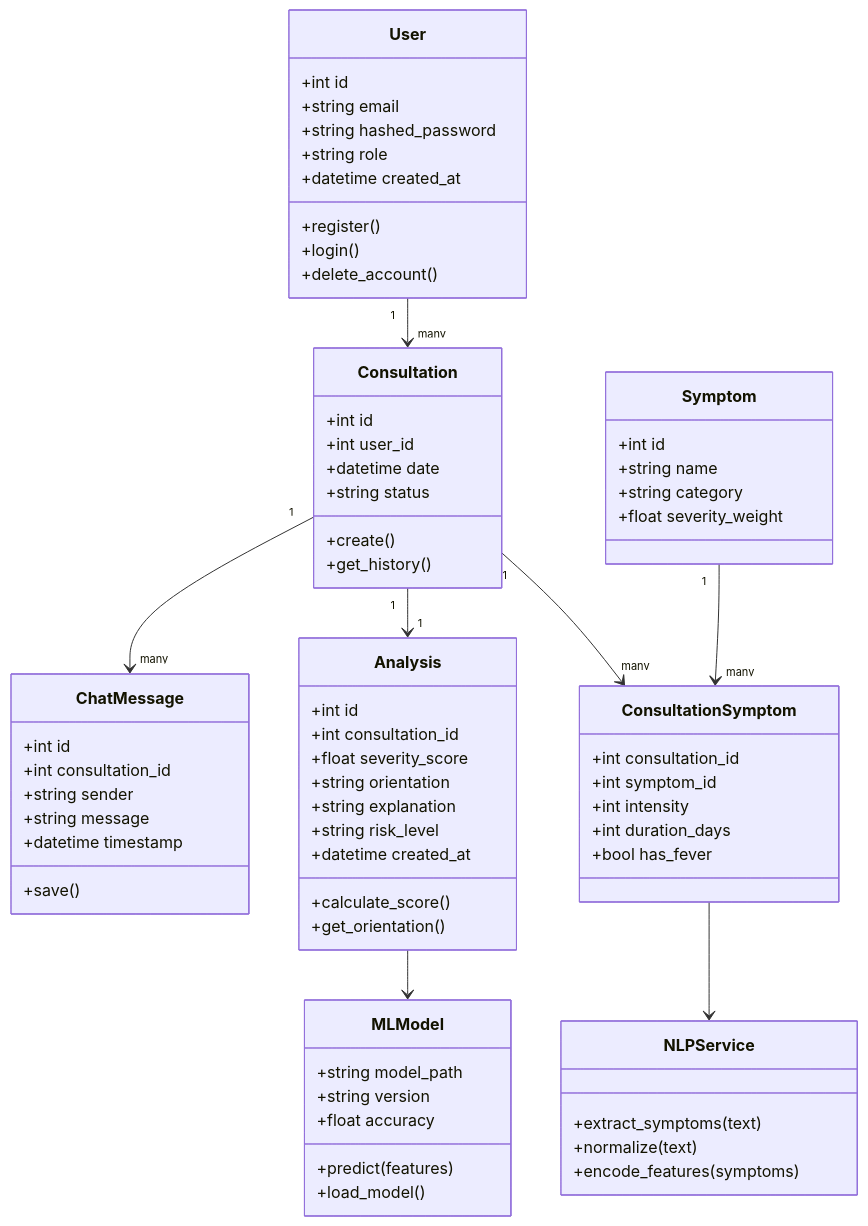
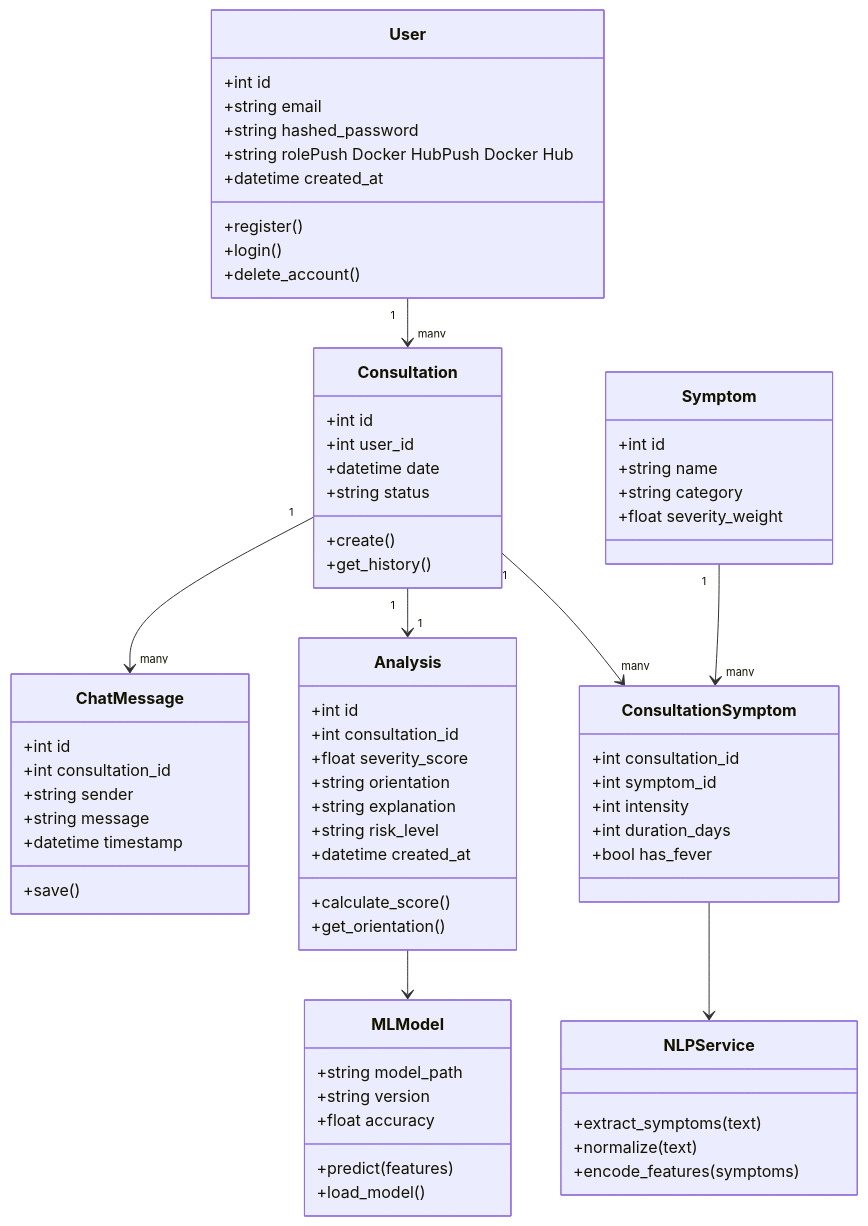
The diagram in docs/uml/class.md (abirmes/MediAssist), drawn with Mermaid before and after one commit. The commit also changed 12 other files, not shown here.

````diff
--- a/docs/uml/class.md
+++ b/docs/uml/class.md
@@ -1,81 +1,81 @@
 ```mermaid
 classDiagram
 
 class User {
     +int id
     +string email
     +string hashed_password
-    +string role
+    +string rolePush Docker HubPush Docker Hub
     +datetime created_at
     +register()
     +login()
     +delete_account()
 }
 
 class Consultation {
     +int id
     +int user_id
     +datetime date
     +string status
     +create()
     +get_history()
 }
 
 class Symptom {
     +int id
     +string name
     +string category
     +float severity_weight
 }
 
 class ConsultationSymptom {
     +int consultation_id
     +int symptom_id
     +int intensity
     +int duration_days
     +bool has_fever
 }
 
 class Analysis {
     +int id
     +int consultation_id
     +float severity_score
     +string orientation
     +string explanation
     +string risk_level
     +datetime created_at
     +calculate_score()
     +get_orientation()
 }
 
 class ChatMessage {
     +int id
     +int consultation_id
     +string sender
     +string message
     +datetime timestamp
     +save()
 }
 
 class MLModel {
     +string model_path
     +string version
     +float accuracy
     +predict(features)
     +load_model()
 }
 
 class NLPService {
     +extract_symptoms(text)
     +normalize(text)
     +encode_features(symptoms)
 }
 
 User "1" --> "many" Consultation
 Consultation "1" --> "many" ConsultationSymptom
 Symptom "1" --> "many" ConsultationSymptom
 Consultation "1" --> "1" Analysis
 Consultation "1" --> "many" ChatMessage
 Analysis --> MLModel
 ConsultationSymptom --> NLPService
 ```
````
